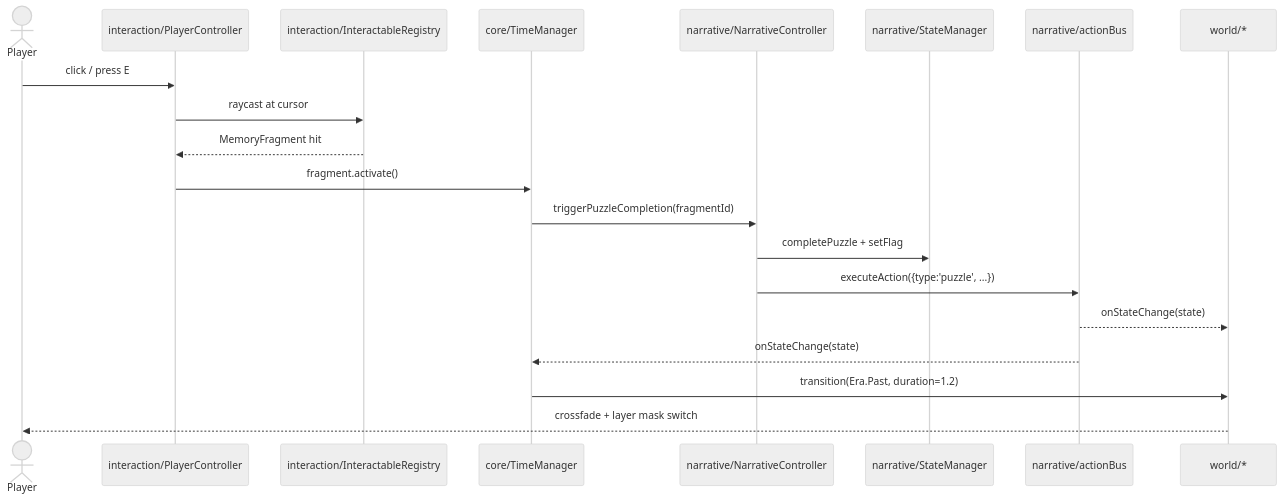
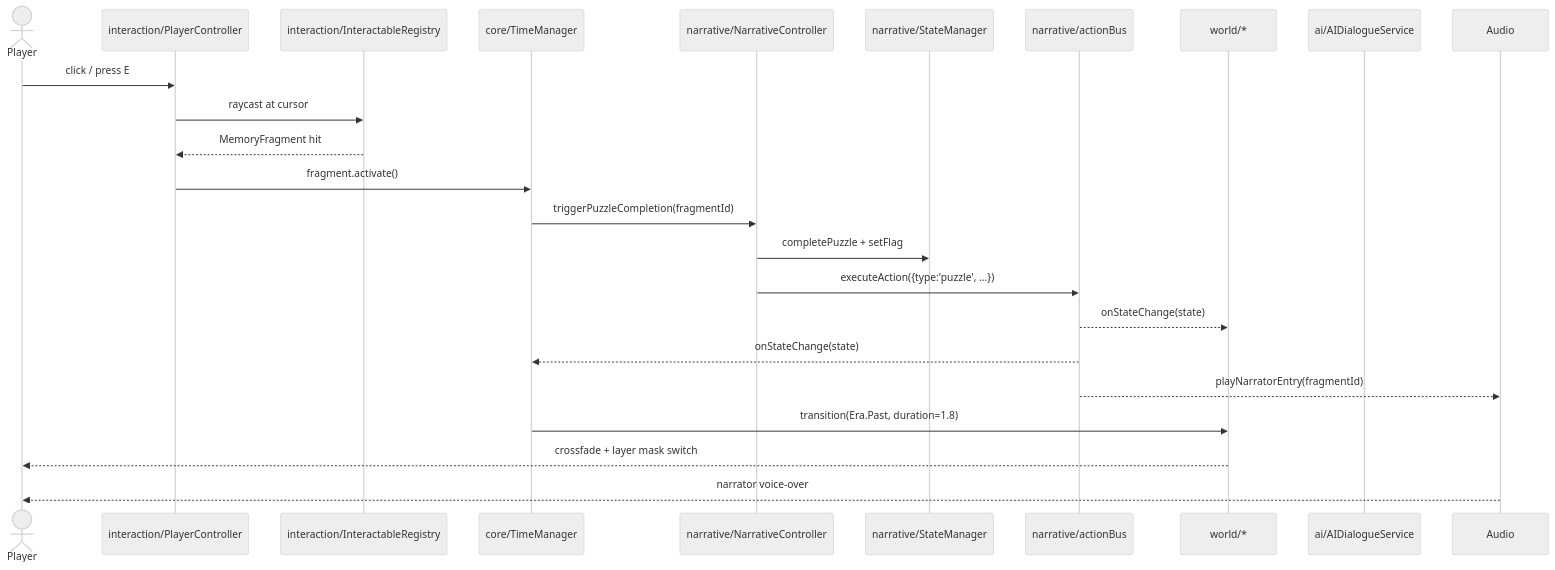
Before and after one commit to royceshannon2-blip/Witness-Interactive-3D: the fourth of 6 diagrams in ARCHITECTURE.md, drawn with Mermaid (neutral theme). The commit also changed other lines of this file, not shown here.

First line of the commit message:
refactor: remove runtime AI dialogue synthesis, require pre-baked audio only

````diff
--- a/ARCHITECTURE.md
+++ b/ARCHITECTURE.md
@@ -104,23 +158,26 @@
 ```mermaid
 sequenceDiagram
   actor Player
   participant Input as interaction/PlayerController
   participant Registry as interaction/InteractableRegistry
   participant TM as core/TimeManager
   participant NC as narrative/NarrativeController
   participant SM as narrative/StateManager
   participant AB as narrative/actionBus
   participant Scene as world/*
+  participant AI as ai/AIDialogueService
 
   Player->>Input: click / press E
   Input->>Registry: raycast at cursor
   Registry-->>Input: MemoryFragment hit
   Input->>TM: fragment.activate()
   TM->>NC: triggerPuzzleCompletion(fragmentId)
   NC->>SM: completePuzzle + setFlag
   NC->>AB: executeAction({type:'puzzle', ...})
   AB-->>Scene: onStateChange(state)
   AB-->>TM: onStateChange(state)
-  TM->>Scene: transition(Era.Past, duration=1.2)
+  AB-->>Audio: playNarratorEntry(fragmentId)
+  TM->>Scene: transition(Era.Past, duration=1.8)
   Scene-->>Player: crossfade + layer mask switch
+  Audio-->>Player: narrator voice-over
 ```
````
